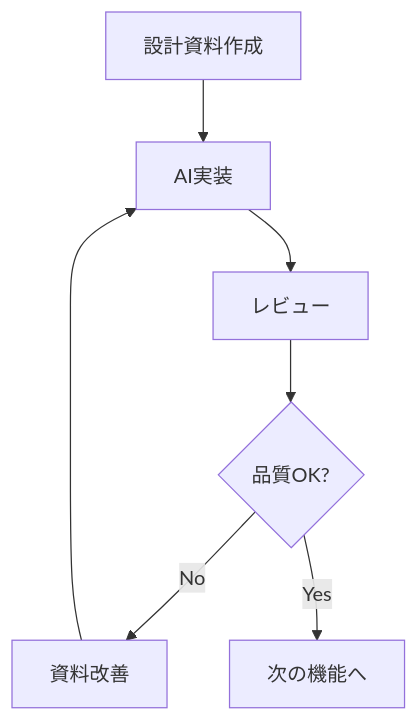
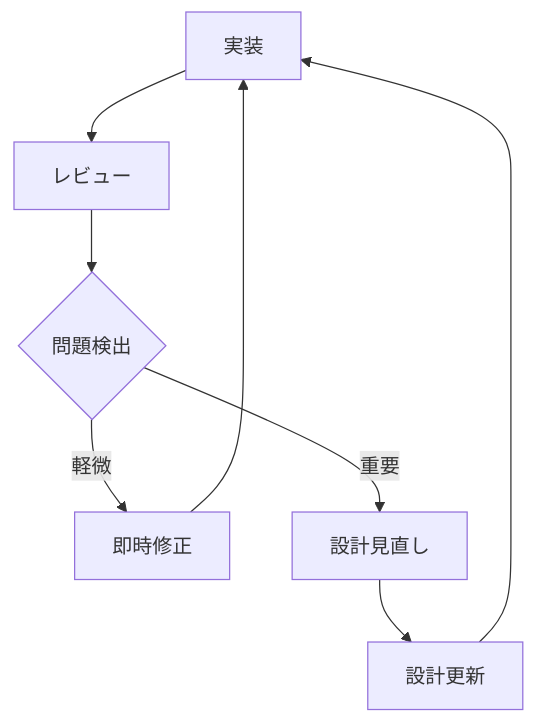
One commit to amano--/any changed the diagram in we-edit/docs/guidelines/development-process/ai-domain-modeling-workflow.md. Above: the diagram before and after it, drawn with Mermaid. The commit also changed other lines of this file, not shown here.

````diff
--- a/we-edit/docs/guidelines/development-process/ai-domain-modeling-workflow.md
+++ b/we-edit/docs/guidelines/development-process/ai-domain-modeling-workflow.md
@@ -71,9 +123,10 @@
 ```mermaid
 graph TD
-    A[設計資料作成] --> B[AI実装]
-    B --> C[レビュー]
-    C --> D{品質OK?}
-    D -->|No| E[資料改善]
-    E --> B
-    D -->|Yes| F[次の機能へ]
+    A[実装] --> B[レビュー]
+    B --> C{問題検出}
+    C -->|軽微| D[即時修正]
+    C -->|重要| E[設計見直し]
+    D --> A
+    E --> F[設計更新]
+    F --> A
 ```
````
